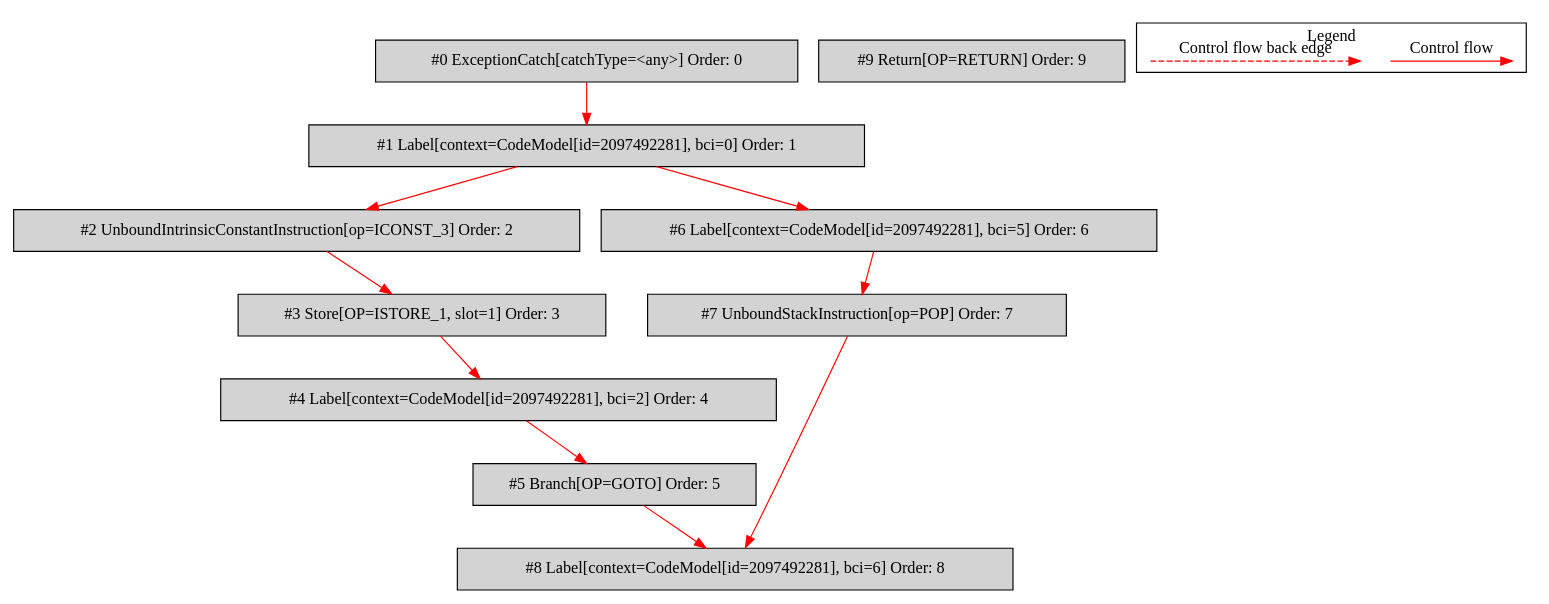
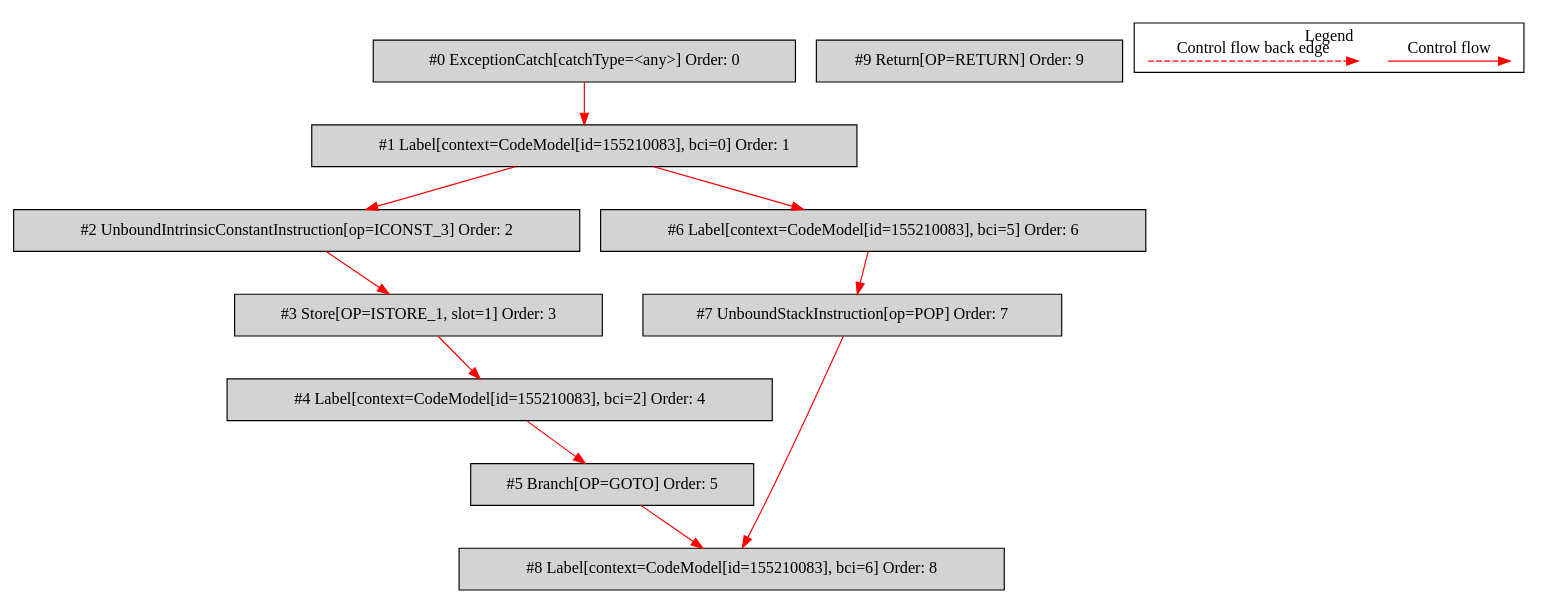
One commit to mirkosertic/MetaIR changed the diagram in de.mirkosertic.metair.ir.OpcodeTryCatchTest/test_SimpleCatchAll/bytecodecfg.dot. Above: the diagram before and after it, drawn with Graphviz. The commit also changed 1410 other files, not shown here.

```diff
--- a/de.mirkosertic.metair.ir.OpcodeTryCatchTest/test_SimpleCatchAll/bytecodecfg.dot
+++ b/de.mirkosertic.metair.ir.OpcodeTryCatchTest/test_SimpleCatchAll/bytecodecfg.dot
@@ -1,35 +1,35 @@
 digraph {
  node0[label="#0 ExceptionCatch[catchType=<any>] Order: 0", shape=box, fillcolor=lightgrey, style=filled];
- node1[label="#1 Label[context=CodeModel[id=2097492281], bci=0] Order: 1", shape=box, fillcolor=lightgrey, style=filled];
+ node1[label="#1 Label[context=CodeModel[id=155210083], bci=0] Order: 1", shape=box, fillcolor=lightgrey, style=filled];
  node2[label="#2 UnboundIntrinsicConstantInstruction[op=ICONST_3] Order: 2", shape=box, fillcolor=lightgrey, style=filled];
  node3[label="#3 Store[OP=ISTORE_1, slot=1] Order: 3", shape=box, fillcolor=lightgrey, style=filled];
- node4[label="#4 Label[context=CodeModel[id=2097492281], bci=2] Order: 4", shape=box, fillcolor=lightgrey, style=filled];
+ node4[label="#4 Label[context=CodeModel[id=155210083], bci=2] Order: 4", shape=box, fillcolor=lightgrey, style=filled];
  node5[label="#5 Branch[OP=GOTO] Order: 5", shape=box, fillcolor=lightgrey, style=filled];
- node6[label="#6 Label[context=CodeModel[id=2097492281], bci=5] Order: 6", shape=box, fillcolor=lightgrey, style=filled];
+ node6[label="#6 Label[context=CodeModel[id=155210083], bci=5] Order: 6", shape=box, fillcolor=lightgrey, style=filled];
  node7[label="#7 UnboundStackInstruction[op=POP] Order: 7", shape=box, fillcolor=lightgrey, style=filled];
- node8[label="#8 Label[context=CodeModel[id=2097492281], bci=6] Order: 8", shape=box, fillcolor=lightgrey, style=filled];
+ node8[label="#8 Label[context=CodeModel[id=155210083], bci=6] Order: 8", shape=box, fillcolor=lightgrey, style=filled];
  node9[label="#9 Return[OP=RETURN] Order: 9", shape=box, fillcolor=lightgrey, style=filled];
  node0 -> node1[color=red];
  node1 -> node2[color=red];
  node2 -> node3[color=red];
  node3 -> node4[color=red];
  node4 -> node5[color=red];
  node1 -> node6[color=red];
  node6 -> node7[color=red];
  node5 -> node8[color=red];
  node7 -> node8[color=red];
  subgraph cluster_000 {
   label = "Legend";
   node [shape=point]
   {
    rank=same;
    c0 [style = invis];
    c1 [style = invis];
    c2 [style = invis];
    c3 [style = invis];
   }
   c0 -> c1 [label="Control flow", style=solid, color=red]
   c2 -> c3 [label="Control flow back edge", style=dashed, color=red]
  }
 
 }
```
